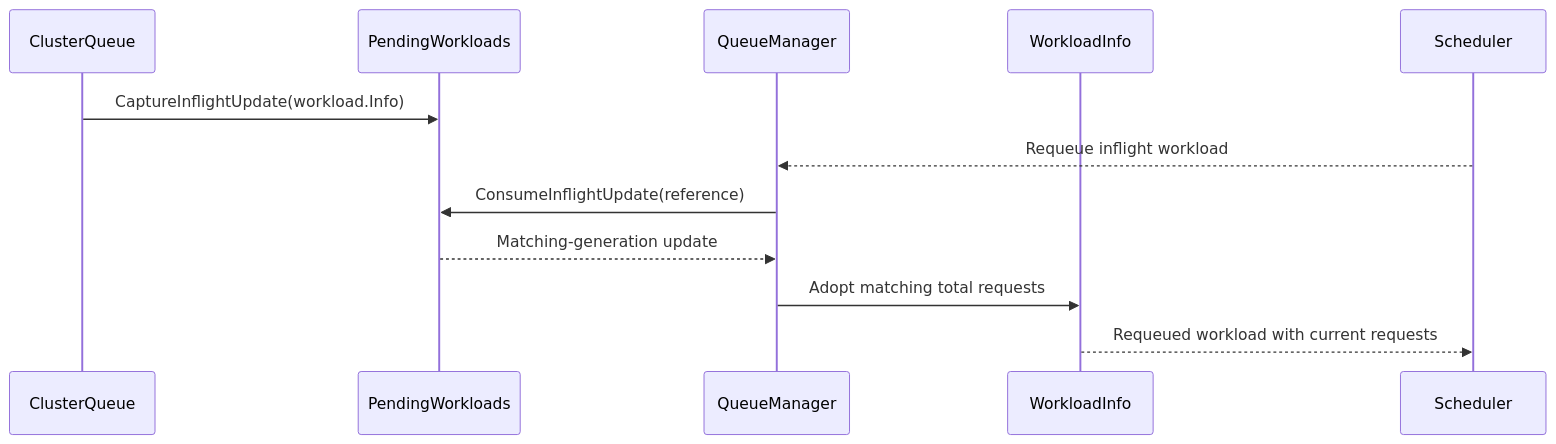
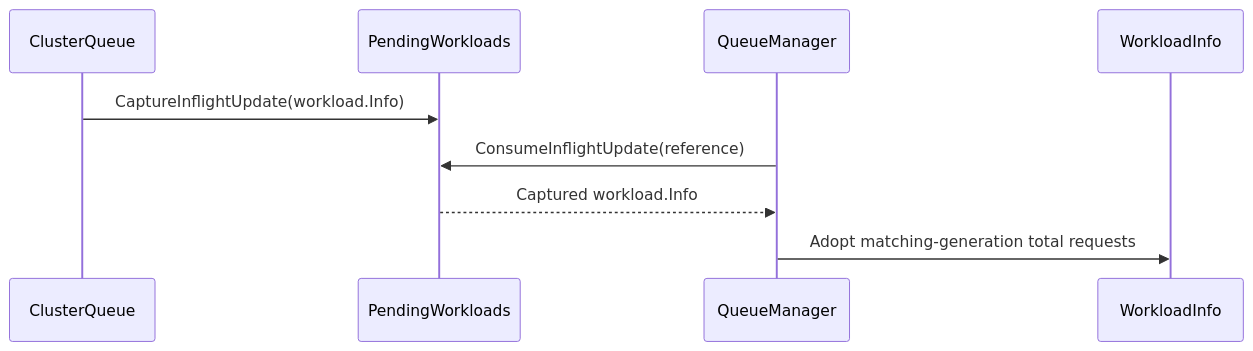
One commit to reruno/kueue-llm-wiki changed the diagram in raw/github/kubernetes-sigs__kueue/pr-14562.md. Above: the diagram before and after it, drawn with Mermaid. The commit also changed other lines of this file and 1137 other files, not shown here.

````diff
--- a/raw/github/kubernetes-sigs__kueue/pr-14562.md
+++ b/raw/github/kubernetes-sigs__kueue/pr-14562.md
@@ -210,14 +249,11 @@
 ```mermaid
 sequenceDiagram
   participant ClusterQueue
   participant PendingWorkloads
   participant QueueManager
   participant WorkloadInfo
-  participant Scheduler
   ClusterQueue->>PendingWorkloads: CaptureInflightUpdate(workload.Info)
-  Scheduler-->>QueueManager: Requeue inflight workload
   QueueManager->>PendingWorkloads: ConsumeInflightUpdate(reference)
-  PendingWorkloads-->>QueueManager: Matching-generation update
-  QueueManager->>WorkloadInfo: Adopt matching total requests
-  WorkloadInfo-->>Scheduler: Requeued workload with current requests
+  PendingWorkloads-->>QueueManager: Captured workload.Info
+  QueueManager->>WorkloadInfo: Adopt matching-generation total requests
 ```
````
